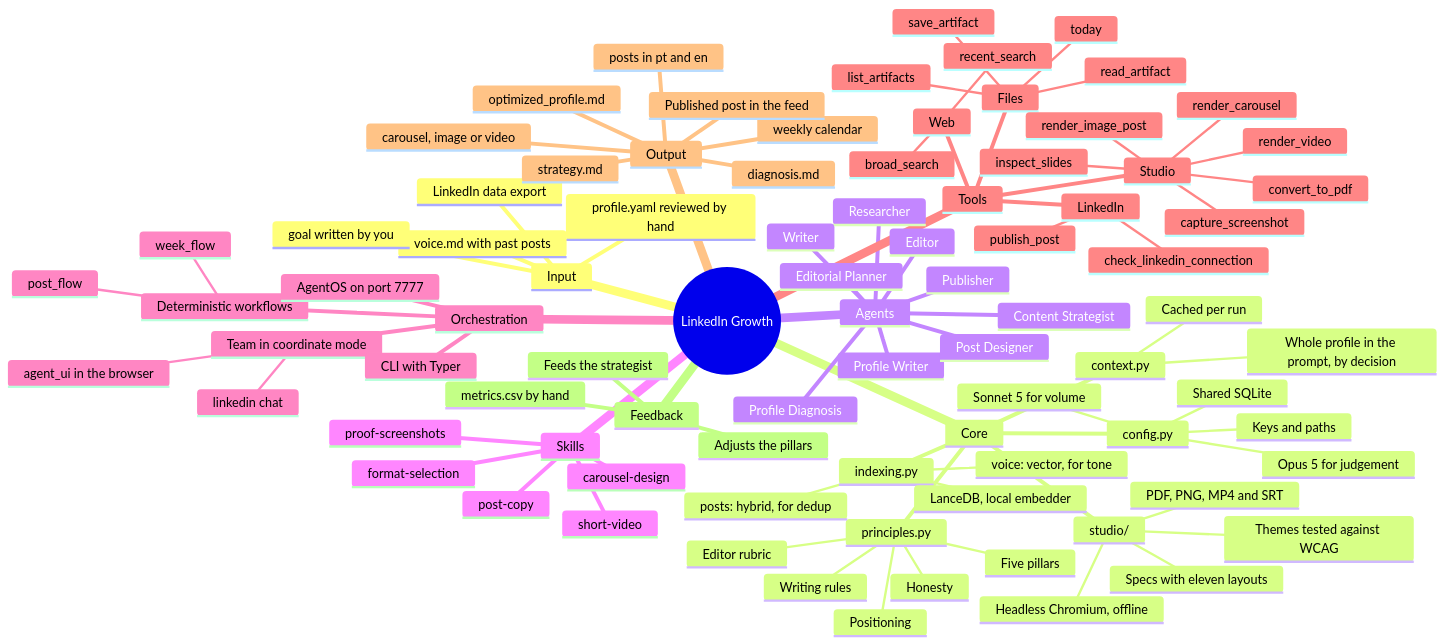
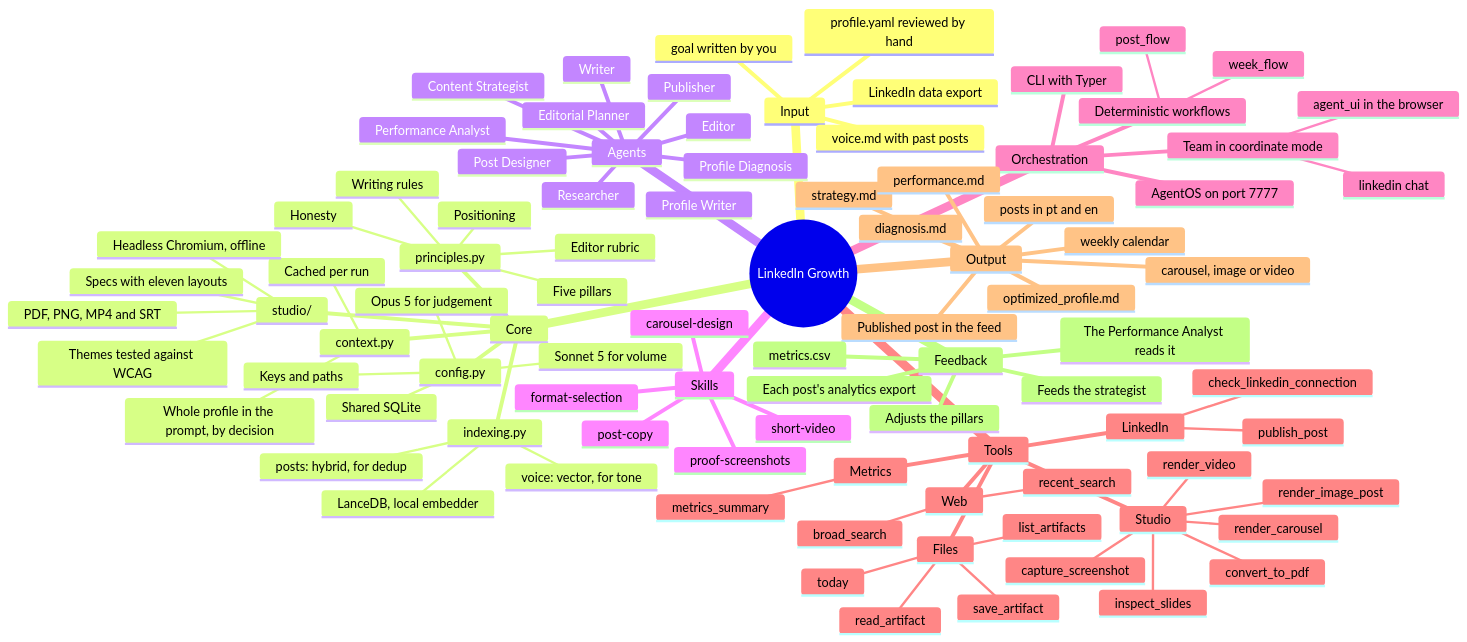
One commit to gabrantoniette/linkedin-growth-agents changed the first of 5 diagrams in docs/mindmap.md. Above: the diagram before and after it, drawn with Mermaid. The commit also changed other lines of this file and 20 other files, not shown here.

````diff
--- a/docs/mindmap.md
+++ b/docs/mindmap.md
@@ -53,6 +53,7 @@
       Editor
       Post Designer
       Publisher
+      Performance Analyst
     Skills
       format-selection
       carousel-design
@@ -80,6 +81,8 @@
       LinkedIn
         check_linkedin_connection
         publish_post
+      Metrics
+        metrics_summary
       Studio
         render_carousel
         render_image_post
@@ -95,8 +98,11 @@
       posts in pt and en
       carousel, image or video
       Published post in the feed
+      performance.md
     Feedback
-      metrics.csv by hand
+      Each post's analytics export
+      metrics.csv
+      The Performance Analyst reads it
       Feeds the strategist
       Adjusts the pillars
 ```
````
